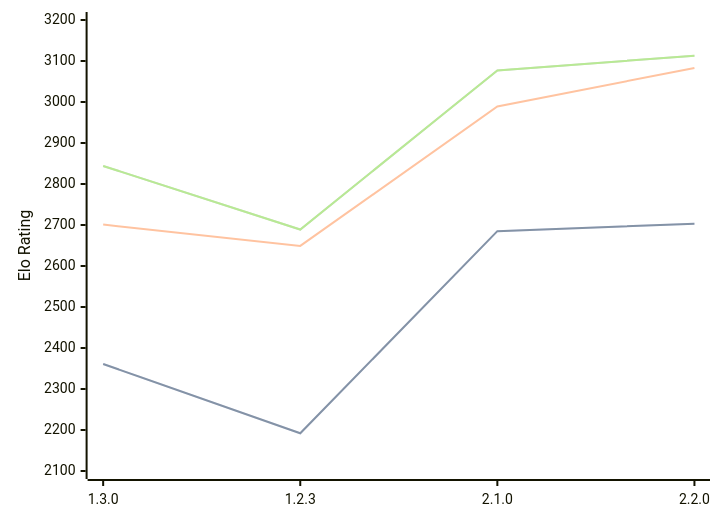
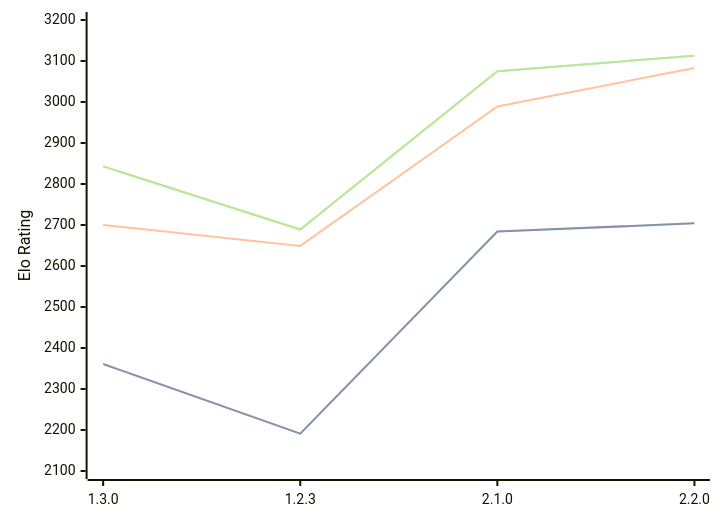
One commit to computer-chess-index/cci changed the diagram in engines/Aspen.md. Above: the diagram before and after it, drawn with Mermaid. The commit also changed other lines of this file, not shown here.

Commit message:
Update CCI Ratings (ELO VLTC) - 2026-09-03

````diff
--- a/engines/Aspen.md
+++ b/engines/Aspen.md
@@ -43,11 +43,11 @@
 ```mermaid
 %%{init: {"theme":"base","themeVariables":{"seriesColors:['#a3a3a3','#222221','#faa371']}}}%%
 xychart-beta
   x-axis ["1.3.0", "1.2.3", "2.1.0", "2.2.0"]
   y-axis "Elo Rating" 2100 --> 3200
-  line "" [2361, 2192, 2685, 2703]
-  line "STC (8.0+0.08s)" [2361, 2192, 2685, 2703]
-  line "LTC (60.0+0.60s)" [2701, 2649, 2989, 3083]
-  line "" [2844, 2689, 3077, 3113]
-  line "VLTC (2m24s+1.12s)" [2844, 2689, 3077, 3113]
+  line "" [2361, 2191, 2684, 2704]
+  line "STC (8.0+0.08s)" [2361, 2191, 2684, 2704]
+  line "LTC (60.0+0.60s)" [2700, 2649, 2989, 3083]
+  line "" [2843, 2689, 3075, 3113]
+  line "VLTC (2m24s+1.12s)" [2843, 2689, 3075, 3113]
 ```
````
